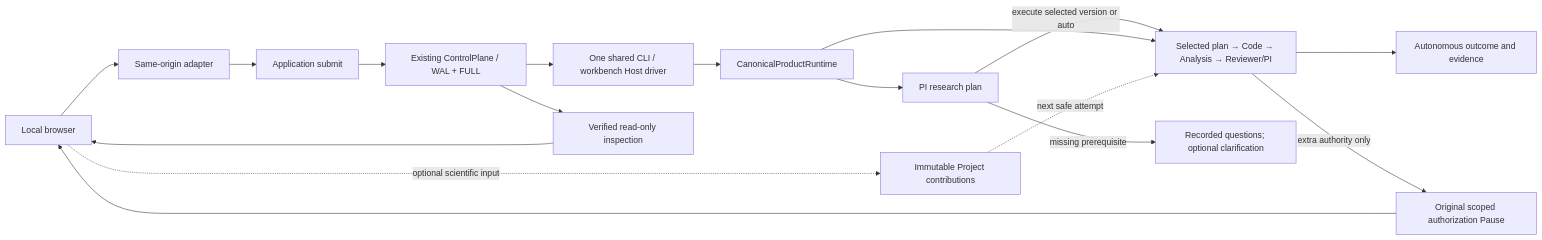
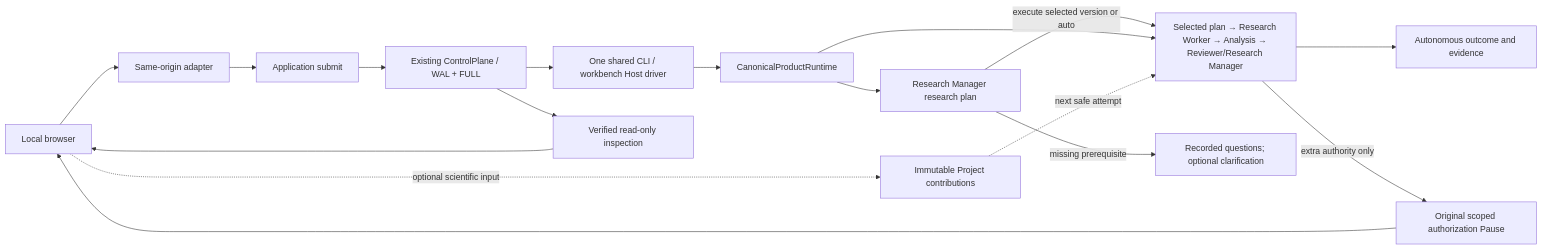
The diagram in docs/WORKBENCH.md (Xiaowei251129/lqcd-agent), drawn with Mermaid before and after one commit. The commit also changed other lines of this file and 70 other files, not shown here.

Commit message:
Rename research roles and remove redundant protocol and test code

````diff
--- a/docs/WORKBENCH.md
+++ b/docs/WORKBENCH.md
@@ -7,19 +7,19 @@
 ```mermaid
 flowchart LR
     UI["Local browser"] --> HTTP["Same-origin adapter"]
     HTTP --> Submit["Application submit"]
     Submit --> CP["Existing ControlPlane / WAL + FULL"]
     CP --> Worker["One shared CLI / workbench Host driver"]
     Worker --> Runtime["CanonicalProductRuntime"]
-    Runtime --> Intake["PI research plan"]
+    Runtime --> Intake["Research Manager research plan"]
     Intake -->|execute selected version or auto| Roles
     Intake -->|missing prerequisite| Questions["Recorded questions; optional clarification"]
-    Runtime --> Roles["Selected plan → Code → Analysis → Reviewer/PI"]
+    Runtime --> Roles["Selected plan → Research Worker → Analysis → Reviewer/Research Manager"]
     Roles --> Report["Autonomous outcome and evidence"]
     Roles -->|extra authority only| Auth["Original scoped authorization Pause"]
     Auth --> UI
     UI -. optional scientific input .-> Notes["Immutable Project contributions"]
     Notes -. next safe attempt .-> Roles
     CP --> Read["Verified read-only inspection"]
     Read --> UI
 ```
````
